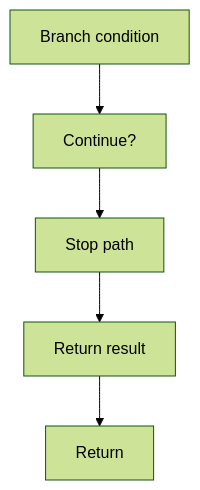
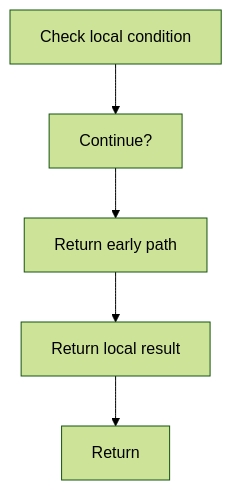
One commit to JohnAndrewBalbarosa/NeoTerritory changed the fourth of 4 diagrams in docs/Codebase/Microservice/Modules/Source/HashingMechanism/HashLinks/core.cpp.md. Above: the diagram before and after it, drawn with Mermaid (forest theme). The commit also changed other lines of this file and 915 other files, not shown here.

````diff
--- a/docs/Codebase/Microservice/Modules/Source/HashingMechanism/HashLinks/core.cpp.md
+++ b/docs/Codebase/Microservice/Modules/Source/HashingMechanism/HashLinks/core.cpp.md
@@ -127,12 +126,12 @@
 ```mermaid
 flowchart TD
-    N0["Branch condition"]
+    N0["Check local condition"]
     N1["Continue?"]
-    N2["Stop path"]
-    N3["Return result"]
+    N2["Return early path"]
+    N3["Return local result"]
     N4["Return"]
     N0 --> N1
     N1 --> N2
     N2 --> N3
     N3 --> N4
 ```
````
